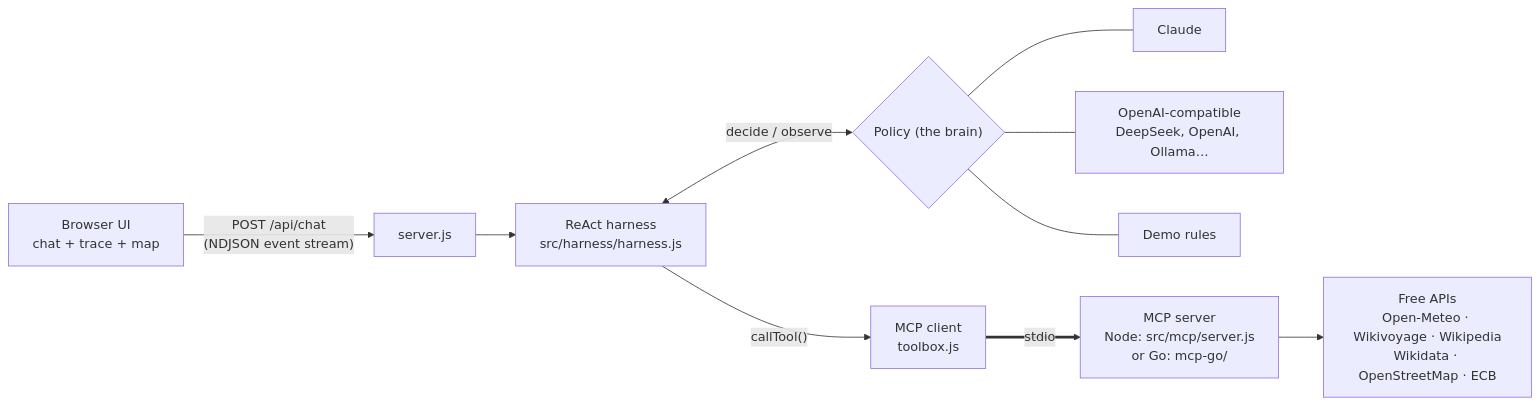
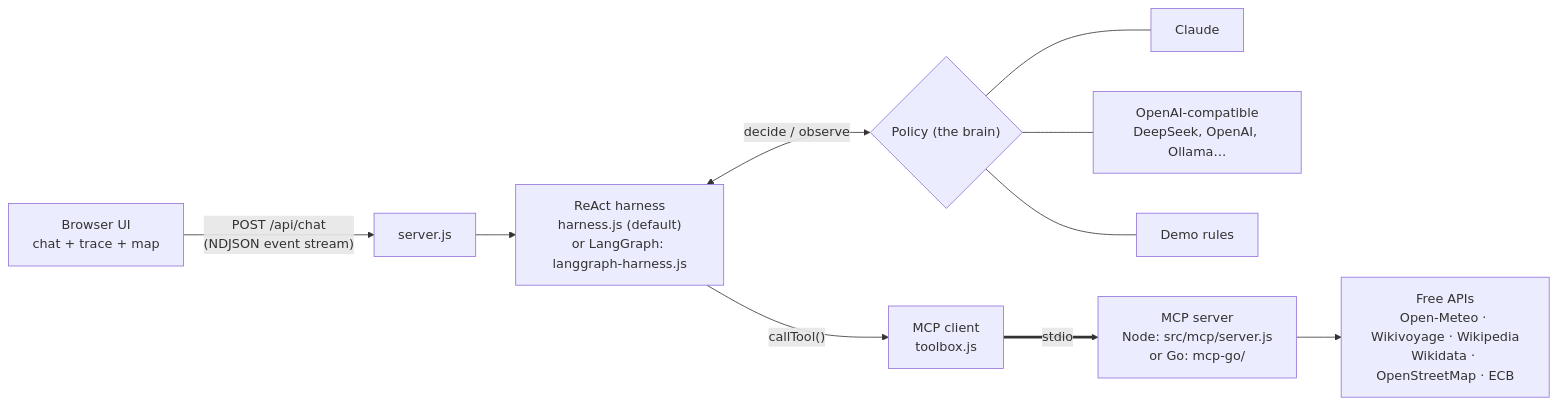
One commit to axlezhao/Wanderly-AI-Travel-Agent changed the diagram in README.md. Above: the diagram before and after it, drawn with Mermaid. The commit also changed other lines of this file and 2 other files, not shown here.

First line of the commit message:
Docs: describe the LangGraph harness, retry values and new settings

````diff
--- a/README.md
+++ b/README.md
@@ -45,12 +45,12 @@
 ```mermaid
 flowchart LR
     UI["Browser UI<br/>chat + trace + map"] -- "POST /api/chat<br/>(NDJSON event stream)" --> S[server.js]
-    S --> H["ReAct harness<br/>src/harness/harness.js"]
+    S --> H["ReAct harness<br/>harness.js (default)<br/>or LangGraph: langgraph-harness.js"]
     H <-- "decide / observe" --> P{"Policy (the brain)"}
     P --- C[Claude]
     P --- O["OpenAI-compatible<br/>DeepSeek, OpenAI, Ollama…"]
     P --- D[Demo rules]
     H -- "callTool()" --> T["MCP client<br/>toolbox.js"]
     T == stdio ==> M["MCP server<br/>Node: src/mcp/server.js<br/>or Go: mcp-go/"]
     M --> A["Free APIs<br/>Open-Meteo · Wikivoyage · Wikipedia<br/>Wikidata · OpenStreetMap · ECB"]
 ```
````
